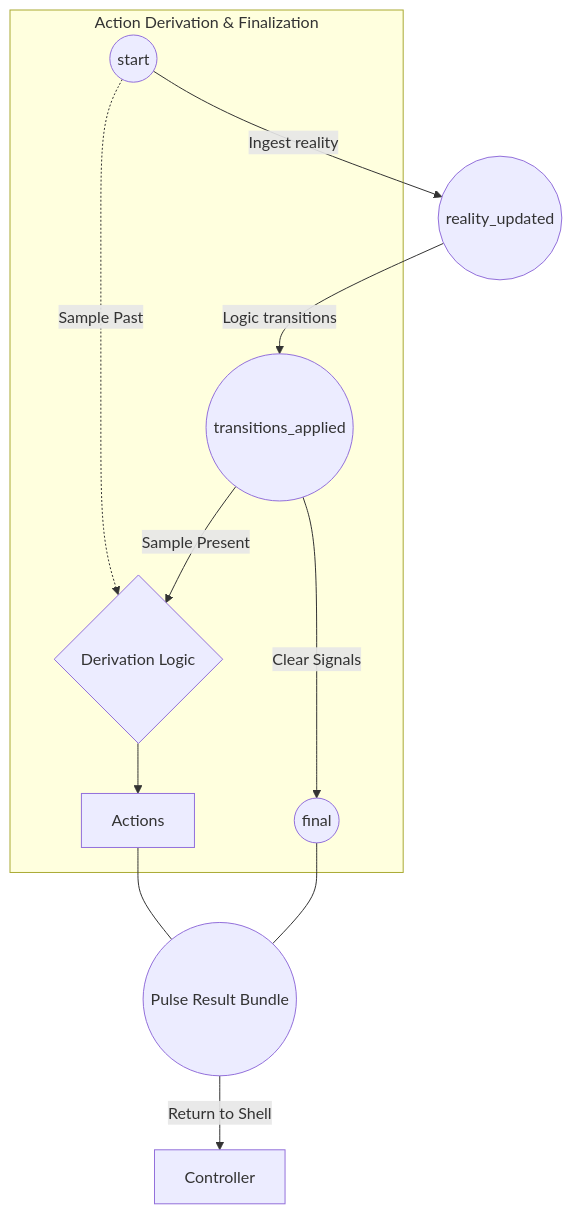
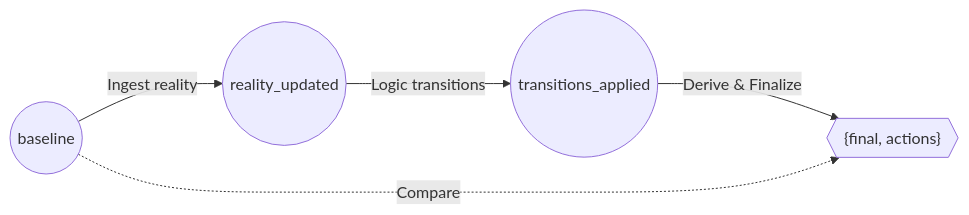
Before and after one commit to alesch/elevator: the diagram in doc/pulse.md, drawn with Mermaid. The commit also changed other lines of this file, not shown here.

Commit message:
refactor: unify redundant hardware request handling and update pulse documentation terminology

````diff
--- a/doc/pulse.md
+++ b/doc/pulse.md
@@ -11,15 +11,8 @@
 ```mermaid
-graph TD
-    start((start)) -->|Ingest reality| reality_updated((reality_updated))
+graph LR
+    baseline((baseline)) -->|Ingest reality| reality_updated((reality_updated))
     reality_updated -->|Logic transitions| transitions_applied((transitions_applied))
+    transitions_applied -->|Derive & Finalize| Result{{"{final, actions}"}}
     
-    subgraph "Action Derivation & Finalization"
-        start -.->|Sample Past| Derivation{Derivation Logic}
-        transitions_applied -->|Sample Present| Derivation
-        Derivation --> Actions[Actions]
-        transitions_applied -->|Clear Signals| final((final))
-    end
-
-    Actions & final --- Result((Pulse Result Bundle))
-    Result -->|Return to Shell| Controller
+    baseline -.->|Compare| Result
 ```
````
